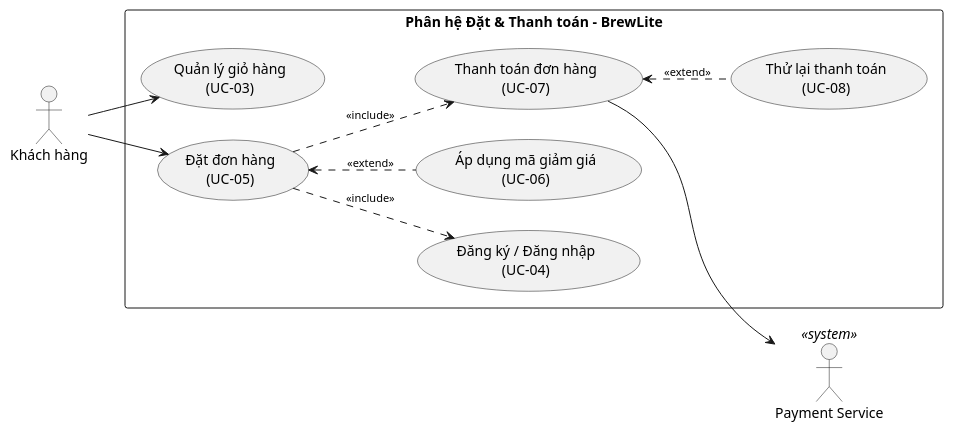
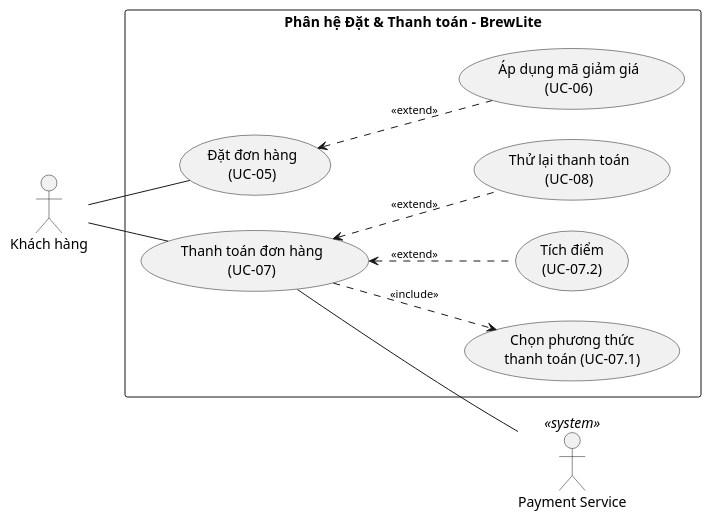
Before and after one commit to hongthanh179/brewlite1: the diagram in docs/requirements/usecase-checkout.md, drawn with PlantUML. The commit also changed other lines of this file and 5 other files, not shown here.

````diff
--- a/docs/requirements/usecase-checkout.md
+++ b/docs/requirements/usecase-checkout.md
@@ -17,32 +19,33 @@
 ```plantuml
 @startuml
 left to right direction
 skinparam shadowing false
 skinparam packageStyle rectangle
 skinparam nodesep 30
 skinparam ranksep 40
 skinparam ArrowFontSize 11
 
 actor "Khách hàng" as Customer
 actor "Payment Service" as Payment <<system>>
 
 rectangle "Phân hệ Đặt & Thanh toán - BrewLite" {
-  usecase "Quản lý giỏ hàng\n(UC-03)" as UC_03
-  usecase "Đăng ký / Đăng nhập\n(UC-04)" as UC_04
   usecase "Đặt đơn hàng\n(UC-05)" as UC_05
   usecase "Áp dụng mã giảm giá\n(UC-06)" as UC_06
   usecase "Thanh toán đơn hàng\n(UC-07)" as UC_07
+  usecase "Chọn phương thức\nthanh toán (UC-07.1)" as UC_071
+  usecase "Tích điểm\n(UC-07.2)" as UC_072
   usecase "Thử lại thanh toán\n(UC-08)" as UC_08
 }
 
-Customer --> UC_03
-Customer --> UC_05
+Customer -- UC_05
+Customer -- UC_07
 
-UC_05 ..> UC_04 : <<include>>
-UC_05 ..> UC_07 : <<include>>
 UC_05 <.. UC_06 : <<extend>>
 
-UC_07 --> Payment
+UC_07 ..> UC_071 : <<include>>
+UC_07 <.. UC_072 : <<extend>>
 UC_07 <.. UC_08 : <<extend>>
+
+UC_07 -- Payment
 @enduml
 ```
````
